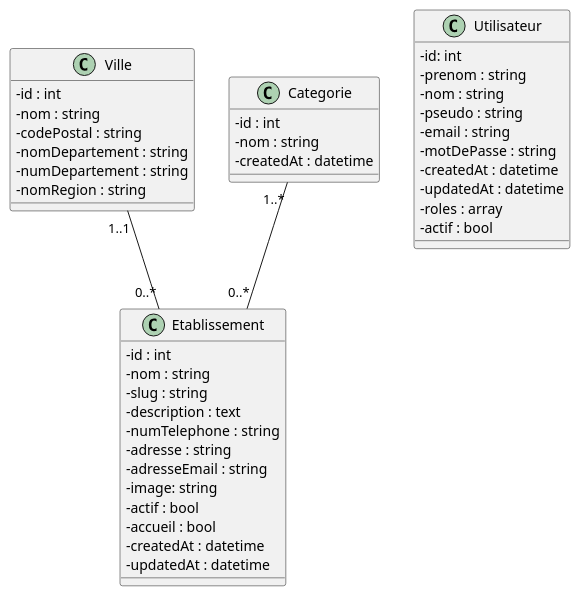
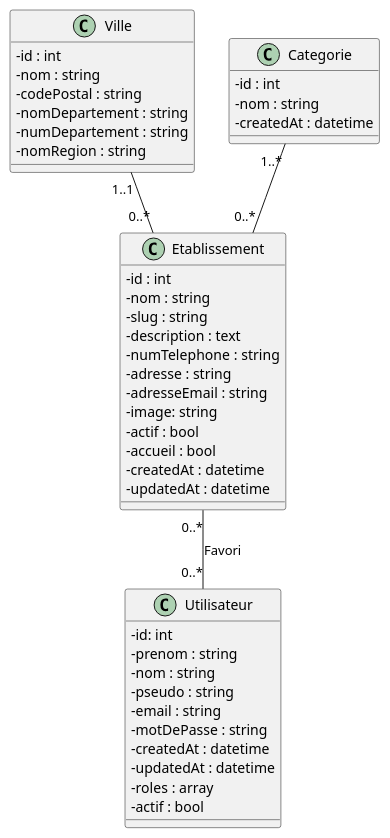
One commit to pgrvs/FC-Tourisme changed the diagram in documentation/diagrammeDeClasses.puml. Above: the diagram before and after it, drawn with PlantUML. The commit also changed 10 other files, not shown here.

```diff
--- a/documentation/diagrammeDeClasses.puml
+++ b/documentation/diagrammeDeClasses.puml
@@ -1,49 +1,50 @@
 @startuml
 skinparam classAttributeIconSize 0
 
 class Etablissement {
     - id : int
     - nom : string
     - slug : string
     - description : text
     - numTelephone : string
     - adresse : string
     - adresseEmail : string
     - image: string
     - actif : bool
     - accueil : bool
     - createdAt : datetime
     - updatedAt : datetime
 }
 
 class Ville {
     - id : int
     - nom : string
     - codePostal : string
     - nomDepartement : string
     - numDepartement : string
     - nomRegion : string
 }
 
 class Categorie {
     - id : int
     - nom : string
     - createdAt : datetime
 }
 
 class Utilisateur {
     - id: int
     - prenom : string
     - nom : string
     - pseudo : string
     - email : string
     - motDePasse : string
     - createdAt : datetime
     - updatedAt : datetime
     - roles : array
     - actif : bool
 }
 
 Categorie"1..*"--"0..*"Etablissement
 Ville"1..1"--"0..*"Etablissement
+Etablissement"0..*"--"0..*"Utilisateur : Favori
 @enduml
```
